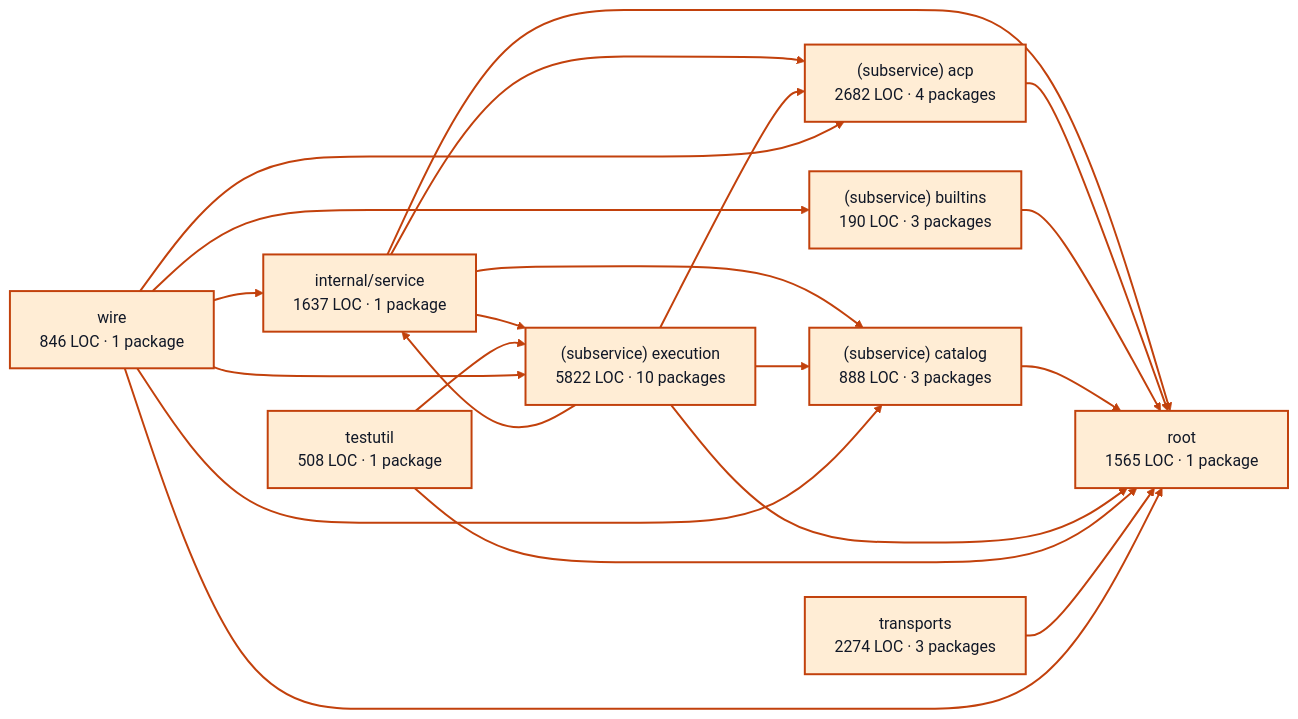
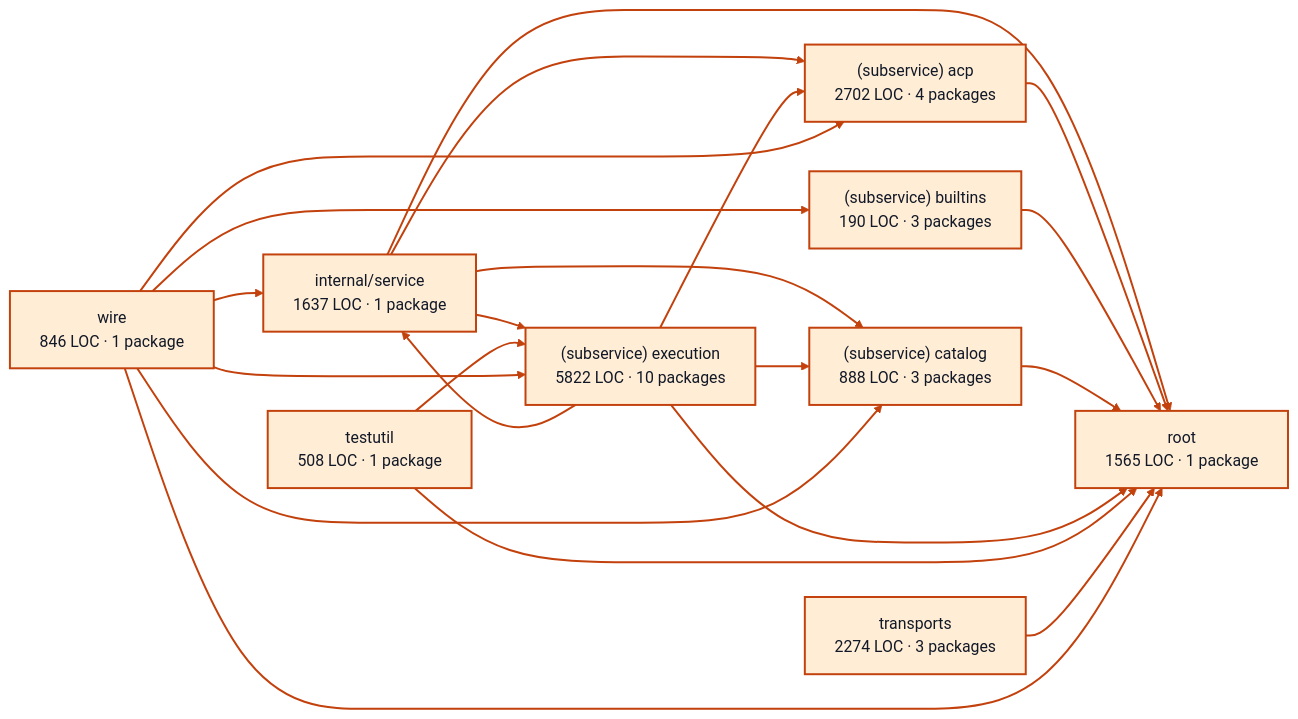
One commit to portpowered/you-agent-factory changed the diagram in docs/architecture/visualizations/services/providers.md. Above: the diagram before and after it, drawn with Mermaid. The commit also changed other lines of this file and 20 other files, not shown here.

Commit message:
docs: refresh backend architecture visualizations

````diff
--- a/docs/architecture/visualizations/services/providers.md
+++ b/docs/architecture/visualizations/services/providers.md
@@ -11,42 +11,42 @@
 ```mermaid
 flowchart LR
   p0["internal/service<br/>1637 LOC · 1 package"]
-  p1["(subservice) acp<br/>2682 LOC · 4 packages"]
+  p1["(subservice) acp<br/>2702 LOC · 4 packages"]
   p2["(subservice) builtins<br/>190 LOC · 3 packages"]
   p3["(subservice) catalog<br/>888 LOC · 3 packages"]
   p4["(subservice) execution<br/>5822 LOC · 10 packages"]
   p5["testutil<br/>508 LOC · 1 package"]
   p6["root<br/>1565 LOC · 1 package"]
   p7["transports<br/>2274 LOC · 3 packages"]
   p8["wire<br/>846 LOC · 1 package"]
   p0 --> p1
   p0 --> p3
   p0 --> p4
   p0 --> p6
   p1 --> p6
   p2 --> p6
   p3 --> p6
   p4 --> p0
   p4 --> p1
   p4 --> p3
   p4 --> p6
   p5 --> p4
   p5 --> p6
   p7 --> p6
   p8 --> p0
   p8 --> p1
   p8 --> p2
   p8 --> p3
   p8 --> p4
   p8 --> p6
   style p0 fill:#ffedd5,stroke:#c2410c,stroke-width:2px,color:#111827
   style p1 fill:#ffedd5,stroke:#c2410c,stroke-width:2px,color:#111827
   style p2 fill:#ffedd5,stroke:#c2410c,stroke-width:2px,color:#111827
   style p3 fill:#ffedd5,stroke:#c2410c,stroke-width:2px,color:#111827
   style p4 fill:#ffedd5,stroke:#c2410c,stroke-width:2px,color:#111827
   style p5 fill:#ffedd5,stroke:#c2410c,stroke-width:2px,color:#111827
   style p6 fill:#ffedd5,stroke:#c2410c,stroke-width:2px,color:#111827
   style p7 fill:#ffedd5,stroke:#c2410c,stroke-width:2px,color:#111827
   style p8 fill:#ffedd5,stroke:#c2410c,stroke-width:2px,color:#111827
   linkStyle default stroke:#c2410c,stroke-width:2px
 ```
````
